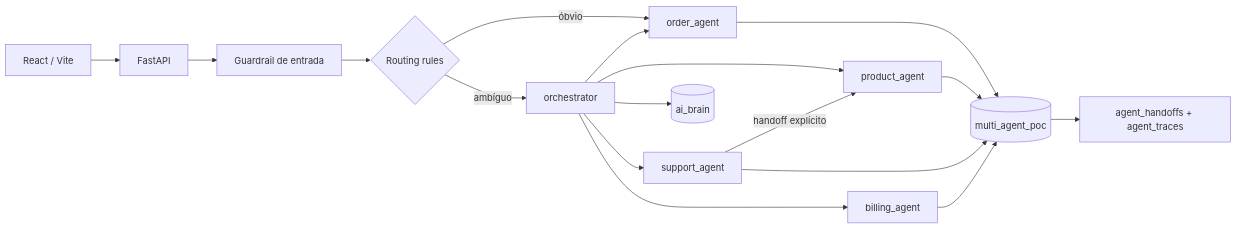
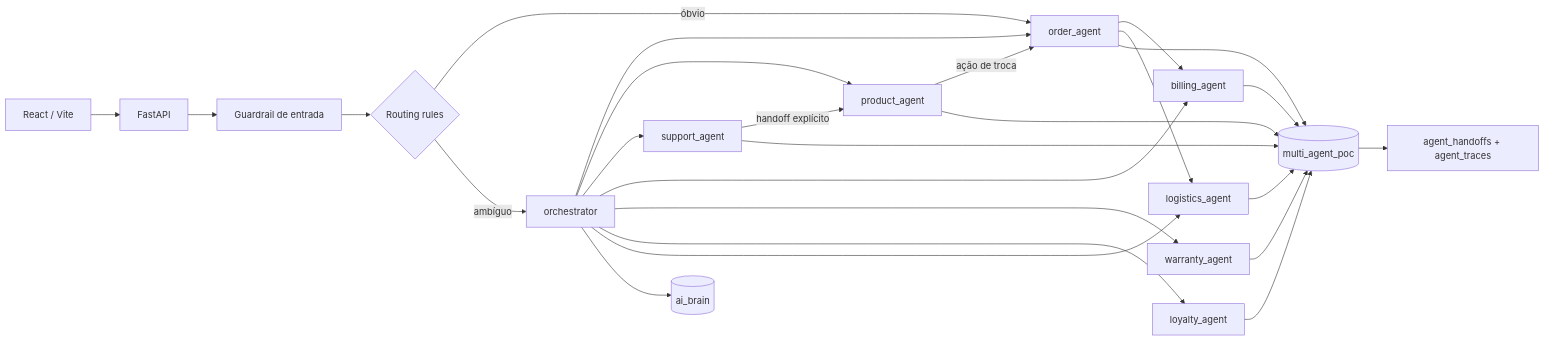
The first of 2 diagrams in docs/architecture.md (adrianofratelli-glitch/MultiAgent-on-MDB), drawn with Mermaid before and after one commit. The commit also changed other lines of this file and 23 other files, not shown here.

````diff
--- a/docs/architecture.md
+++ b/docs/architecture.md
@@ -5,16 +5,21 @@
 ```mermaid
 flowchart LR
     UI[React / Vite] --> API[FastAPI]
     API --> G[Guardrail de entrada]
     G --> R{Routing rules}
     R -->|óbvio| OA[order_agent]
     R -->|ambíguo| ORC[orchestrator]
     ORC --> OA
     ORC --> PA[product_agent]
     ORC --> SA[support_agent]
     ORC --> BA[billing_agent]
+    ORC --> WA[warranty_agent]
+    ORC --> LA[loyalty_agent]
+    ORC --> LG[logistics_agent]
     SA -->|handoff explícito| PA
-    OA & PA & SA & BA --> DATA[(multi_agent_poc)]
+    PA -->|ação de troca| OA
+    OA --> BA & LG
+    OA & PA & SA & BA & WA & LA & LG --> DATA[(multi_agent_poc)]
     ORC --> BRAIN[(ai_brain)]
     DATA --> TRACE[agent_handoffs + agent_traces]
 ```
````
